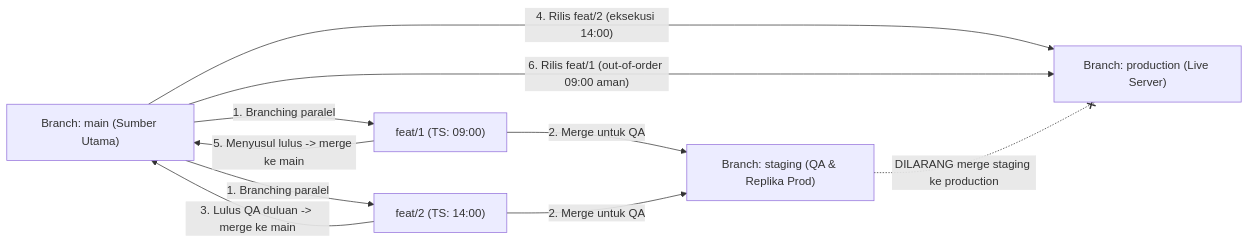
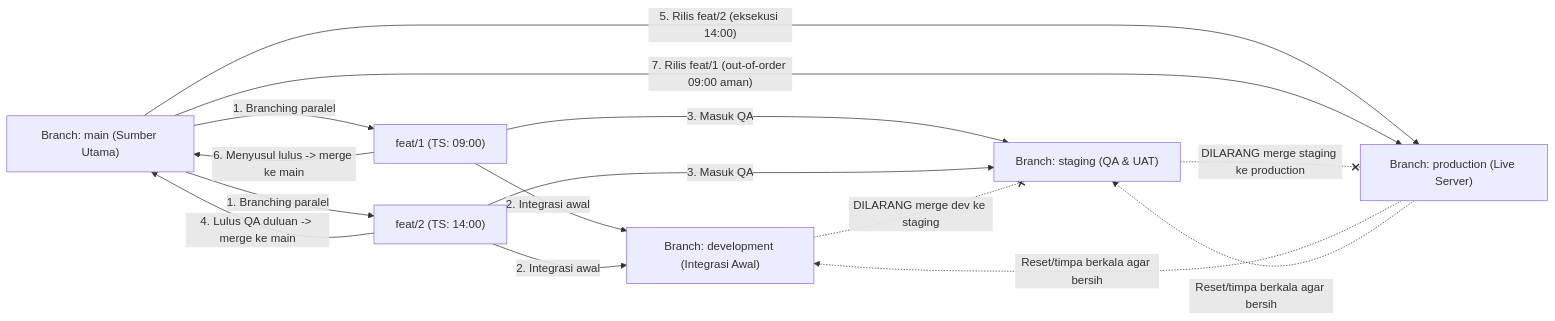
The diagram in docs/user/branching-workflow.md (madyaknitto/database-migrator-service), drawn with Mermaid before and after one commit. The commit also changed other lines of this file and 20 other files, not shown here.

Commit message:
feat: add development environment support and reset/refresh runbook

````diff
--- a/docs/user/branching-workflow.md
+++ b/docs/user/branching-workflow.md
@@ -5,22 +5,29 @@
 ```mermaid
 flowchart LR
     MAIN["Branch: main (Sumber Utama)"]
     F1["feat/1 (TS: 09:00)"]
     F2["feat/2 (TS: 14:00)"]
-    STG["Branch: staging (QA & Replika Prod)"]
+    DEV["Branch: development (Integrasi Awal)"]
+    STG["Branch: staging (QA & UAT)"]
     PROD["Branch: production (Live Server)"]
 
     MAIN -->|"1. Branching paralel"| F1
     MAIN -->|"1. Branching paralel"| F2
 
-    F1 -->|"2. Merge untuk QA"| STG
-    F2 -->|"2. Merge untuk QA"| STG
+    F1 -->|"2. Integrasi awal"| DEV
+    F2 -->|"2. Integrasi awal"| DEV
 
-    F2 -->|"3. Lulus QA duluan -> merge ke main"| MAIN
-    MAIN -->|"4. Rilis feat/2 (eksekusi 14:00)"| PROD
+    F1 -->|"3. Masuk QA"| STG
+    F2 -->|"3. Masuk QA"| STG
 
-    F1 -->|"5. Menyusul lulus -> merge ke main"| MAIN
-    MAIN -->|"6. Rilis feat/1 (out-of-order 09:00 aman)"| PROD
+    F2 -->|"4. Lulus QA duluan -> merge ke main"| MAIN
+    MAIN -->|"5. Rilis feat/2 (eksekusi 14:00)"| PROD
 
+    F1 -->|"6. Menyusul lulus -> merge ke main"| MAIN
+    MAIN -->|"7. Rilis feat/1 (out-of-order 09:00 aman)"| PROD
+
+    DEV -. "DILARANG merge dev ke staging" .-x STG
     STG -. "DILARANG merge staging ke production" .-x PROD
+    PROD -. "Reset/timpa berkala agar bersih" .-> DEV
+    PROD -. "Reset/timpa berkala agar bersih" .-> STG
 ```
````
